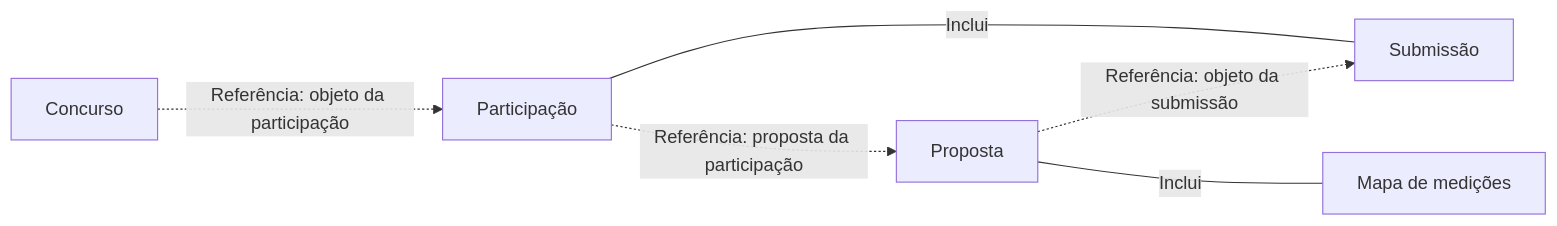
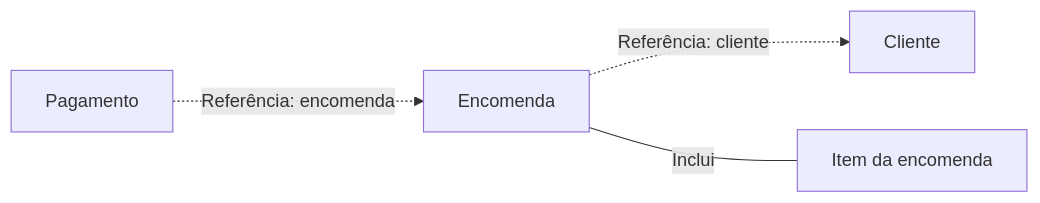
One commit to prumod/cairn-web changed the diagram in context/formats/main-entity-flows.md. Above: the diagram before and after it, drawn with Mermaid. The commit also changed other lines of this file and 5 other files, not shown here.

````diff
--- a/context/formats/main-entity-flows.md
+++ b/context/formats/main-entity-flows.md
@@ -22,14 +21,11 @@
 ```mermaid
 flowchart LR
-    C["Concurso"]
-    PA["Participação"]
-    P["Proposta"]
-    S["Submissão"]
-    MM["Mapa de medições"]
+    C["Cliente"]
+    O["Encomenda"]
+    I["Item da encomenda"]
+    P["Pagamento"]
 
-    C -. "Referência: objeto da participação" .-> PA
-    PA -. "Referência: proposta da participação" .-> P
-    PA ---|"Inclui"| S
-    P -. "Referência: objeto da submissão" .-> S
-    P ---|"Inclui"| MM
+    O -. "Referência: cliente" .-> C
+    O ---|"Inclui"| I
+    P -. "Referência: encomenda" .-> O
 ```
````
